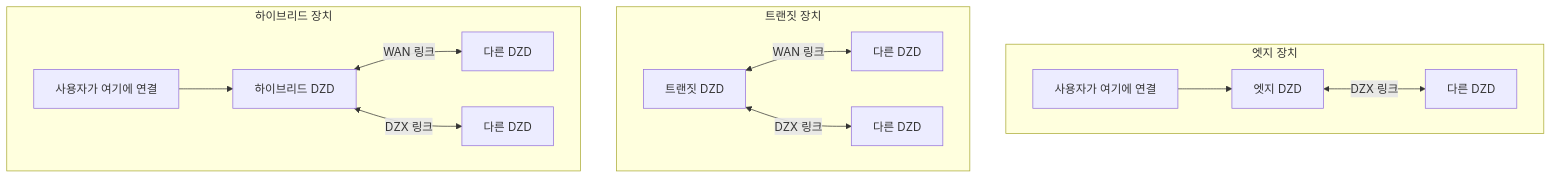
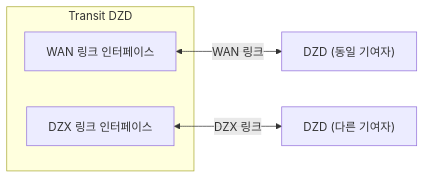
The sixth of 13 diagrams in docs/contribute-provisioning.ko.md (malbeclabs/docs), drawn with Mermaid before and after one commit. The commit also changed other lines of this file and 160 other files, not shown here.

````diff
--- a/docs/contribute-provisioning.ko.md
+++ b/docs/contribute-provisioning.ko.md
@@ -236,23 +292,9 @@
 ```mermaid
-flowchart TB
-    subgraph "엣지 장치"
-        E[엣지 DZD]
-        EU[사용자가 여기에 연결]
-        EU --> E
-        E <-->|DZX 링크| ED[다른 DZD]
+flowchart LR
+    subgraph TDZD[Transit DZD]
+        T_WAN["WAN 링크 인터페이스"]
+        T_DZX["DZX 링크 인터페이스"]
     end
-
-    subgraph "트랜짓 장치"
-        T[트랜짓 DZD]
-        T <-->|WAN 링크| T2[다른 DZD]
-        T <-->|DZX 링크| TD[다른 DZD]
-    end
-
-    subgraph "하이브리드 장치"
-        H[하이브리드 DZD]
-        HU[사용자가 여기에 연결]
-        HU --> H
-        H <-->|WAN 링크| H2[다른 DZD]
-        H <-->|DZX 링크| HD[다른 DZD]
-    end
+    T_WAN <-->|WAN 링크| T2["DZD (동일 기여자)"]
+    T_DZX <-->|DZX 링크| TD["DZD (다른 기여자)"]
 ```
````
